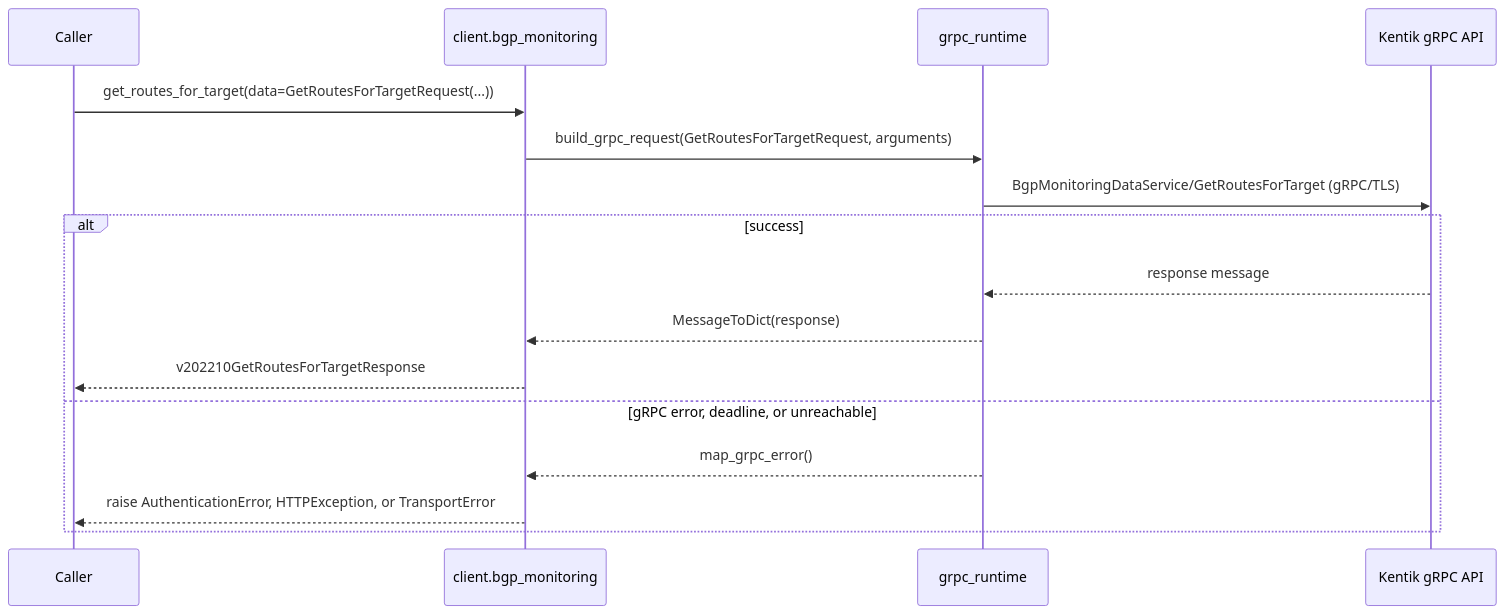
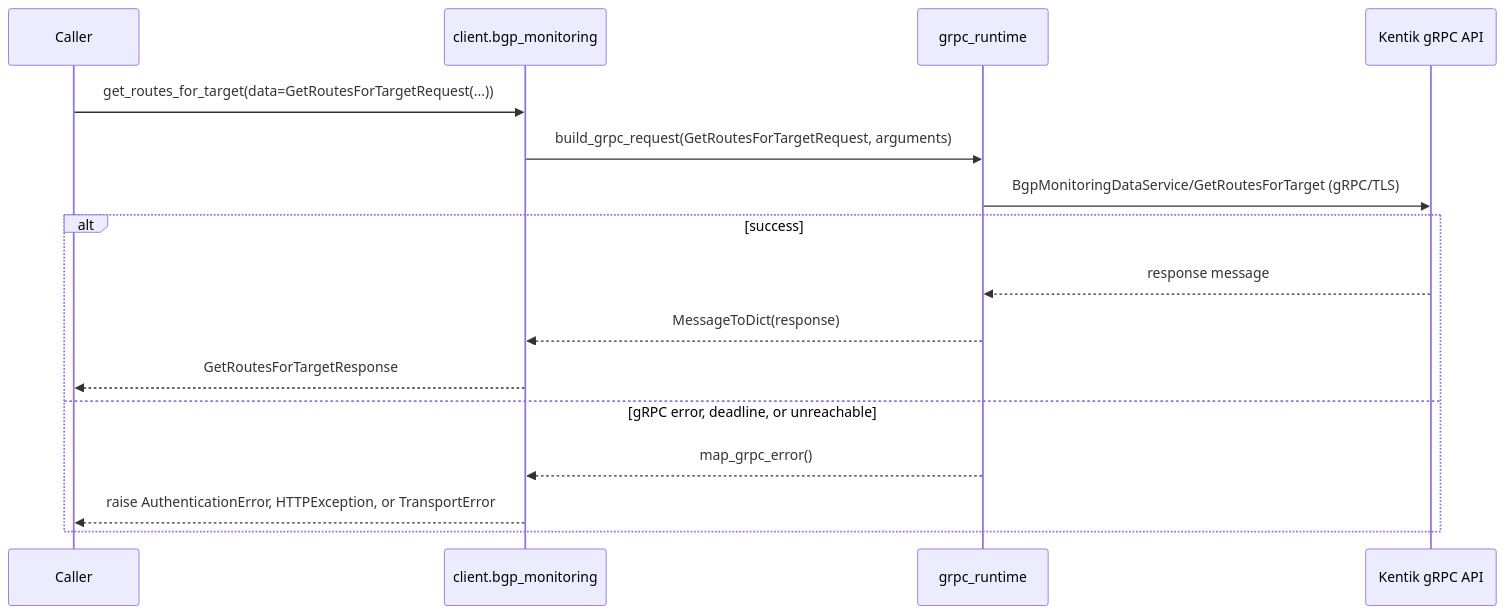
One commit to alexdearaujo/community_sdk_python changed the fifth of 18 diagrams in docs/sphinx/services/bgp_monitoring.md. Above: the diagram before and after it, drawn with Mermaid. The commit also changed other lines of this file and 38 other files, not shown here.

````diff
--- a/docs/sphinx/services/bgp_monitoring.md
+++ b/docs/sphinx/services/bgp_monitoring.md
@@ -137,19 +137,19 @@
 ```mermaid
 sequenceDiagram
     participant C as Caller
     participant W as client.bgp_monitoring
     participant R as grpc_runtime
     participant API as Kentik gRPC API
 
     C->>W: get_routes_for_target(data=GetRoutesForTargetRequest(...))
     W->>R: build_grpc_request(GetRoutesForTargetRequest, arguments)
     R->>API: BgpMonitoringDataService/GetRoutesForTarget (gRPC/TLS)
     alt success
         API-->>R: response message
         R-->>W: MessageToDict(response)
-        W-->>C: v202210GetRoutesForTargetResponse
+        W-->>C: GetRoutesForTargetResponse
     else gRPC error, deadline, or unreachable
         R-->>W: map_grpc_error()
         W-->>C: raise AuthenticationError, HTTPException, or TransportError
     end
 ```
````
